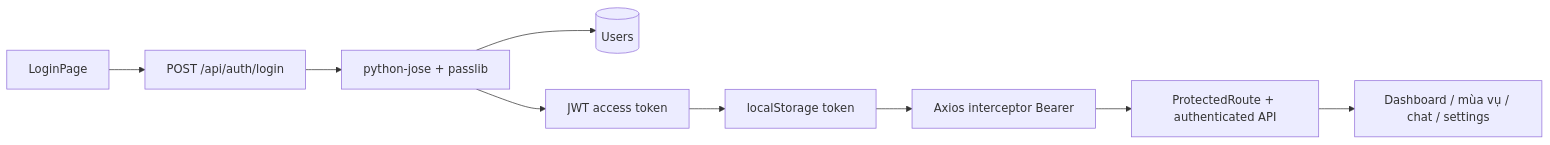
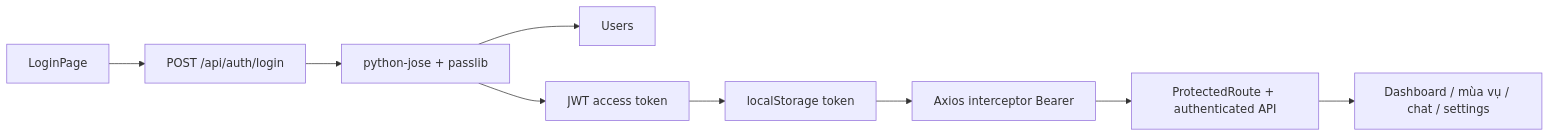
One commit to QuangTapcode/AI-Agriculture changed the ninth of 9 diagrams in README.md. Above: the diagram before and after it, drawn with Mermaid. The commit also changed other lines of this file, not shown here.

Commit message:
fix(docs): make README diagrams GitHub-compatible

```diff
--- a/README.md
+++ b/README.md
@@ -214,11 +214,11 @@
 ~~~mermaid
 flowchart LR
-    Login[LoginPage] --> AuthAPI[POST /api/auth/login]
-    AuthAPI --> Security[python-jose + passlib]
-    Security --> DB[(Users)]
-    Security --> Token[JWT access token]
-    Token --> Storage[localStorage token]
-    Storage --> Axios[Axios interceptor Bearer]
-    Axios --> Protected[ProtectedRoute + authenticated API]
-    Protected --> Pages[Dashboard / mùa vụ / chat / settings]
+    Login["LoginPage"] --> AuthAPI["POST /api/auth/login"]
+    AuthAPI --> Security["python-jose + passlib"]
+    Security --> DB["Users"]
+    Security --> Token["JWT access token"]
+    Token --> Storage["localStorage token"]
+    Storage --> Axios["Axios interceptor Bearer"]
+    Axios --> Protected["ProtectedRoute + authenticated API"]
+    Protected --> Pages["Dashboard / mùa vụ / chat / settings"]
 ~~~
```
